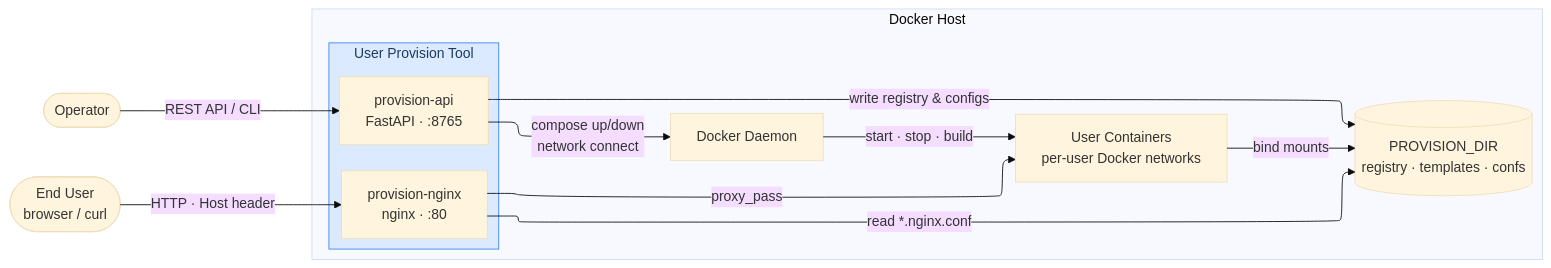
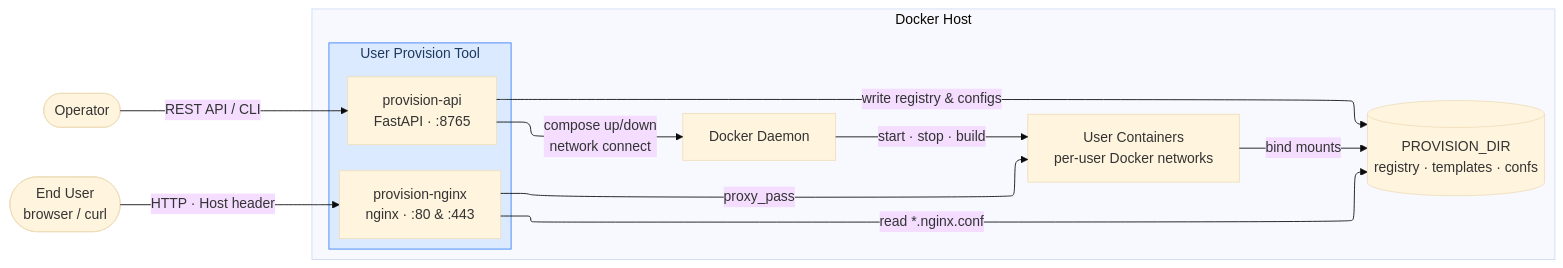
Before and after one commit to wyangla/user_provision_tool: the diagram in docs/architecture.md, drawn with Mermaid (base theme). The commit also changed 16 other files, not shown here.

````diff
--- a/docs/architecture.md
+++ b/docs/architecture.md
@@ -5,32 +5,32 @@
 ```mermaid
 %%{init: {"flowchart": {"defaultRenderer": "elk"}, "elk": {"nodePlacementStrategy": "NETWORK_SIMPLEX", "edgeRouting": "SPLINES"}} }%%
 flowchart LR
     operator(["Operator"])
     end_user(["End User\nbrowser / curl"])
 
     subgraph host["Docker Host"]
         subgraph upt["User Provision Tool"]
             direction TB
             provision_api["provision-api\nFastAPI · :8765"]
-            provision_nginx["provision-nginx\nnginx · :80"]
+            provision_nginx["provision-nginx\nnginx · :80 & :443"]
         end
 
         docker_daemon["Docker Daemon"]
         provision_dir[("PROVISION_DIR\nregistry · templates · confs")]
         user_nets["User Containers\nper-user Docker networks"]
     end
 
     operator -->|"REST API / CLI"| provision_api
     end_user -->|"HTTP · Host header"| provision_nginx
 
     provision_api -->|"compose up/down\nnetwork connect"| docker_daemon
     provision_api -->|"write registry & configs"| provision_dir
 
     provision_nginx -->|"read *.nginx.conf"| provision_dir
     provision_nginx -->|"proxy_pass"| user_nets
 
     docker_daemon -->|"start · stop · build"| user_nets
     user_nets -->|"bind mounts"| provision_dir
 
     style upt fill:#dbeafe,stroke:#3b82f6,color:#1e3a5f
 ```
````
